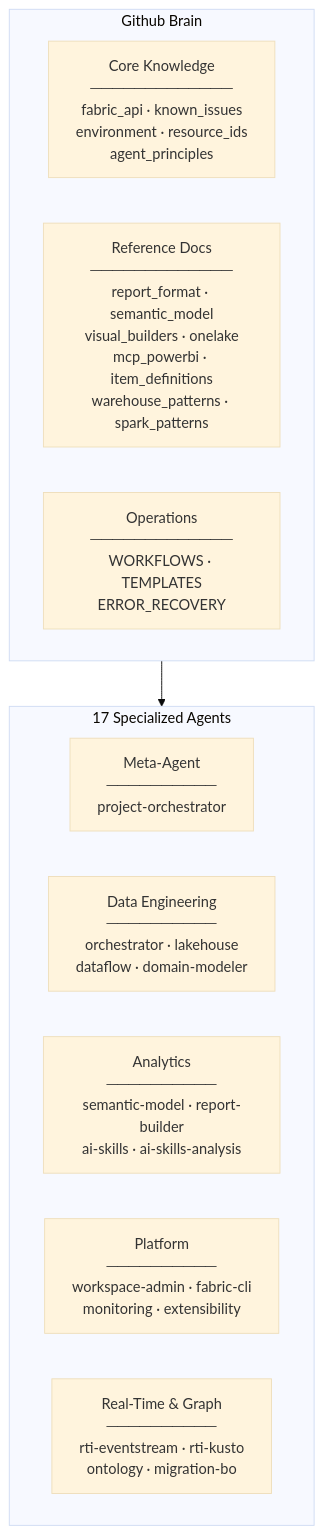
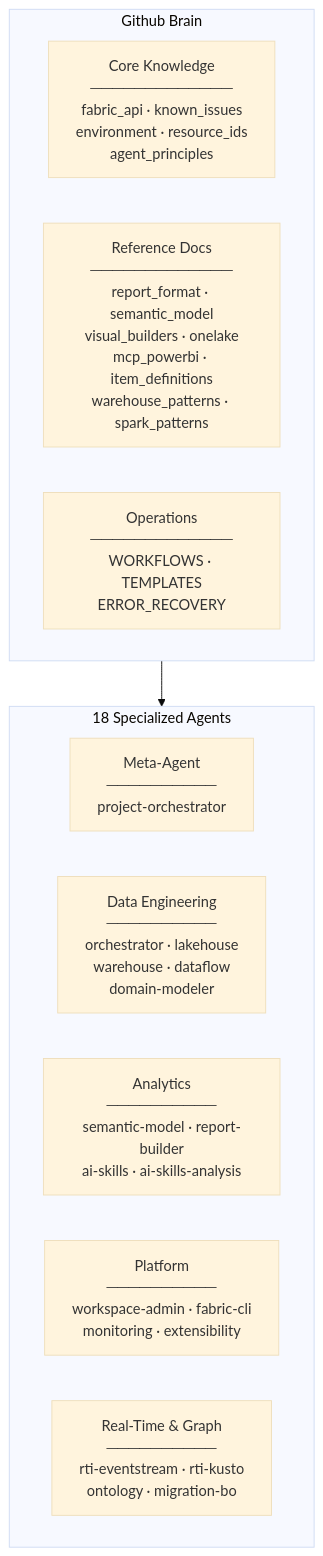
Before and after one commit to Statyx/Github_Brain: the diagram in README.md, drawn with Mermaid (base theme). The commit also changed other lines of this file and 10 other files, not shown here.

````diff
--- a/README.md
+++ b/README.md
@@ -28,19 +28,19 @@
 ```mermaid
 graph TB
     subgraph Brain["Github Brain"]
         Core["Core Knowledge<br/>─────────────<br/>fabric_api · known_issues<br/>environment · resource_ids<br/>agent_principles"]
         Ref["Reference Docs<br/>─────────────<br/>report_format · semantic_model<br/>visual_builders · onelake<br/>mcp_powerbi · item_definitions<br/>warehouse_patterns · spark_patterns"]
         Ops["Operations<br/>─────────────<br/>WORKFLOWS · TEMPLATES<br/>ERROR_RECOVERY"]
     end
 
-    subgraph Agents["17 Specialized Agents"]
+    subgraph Agents["18 Specialized Agents"]
         direction LR
         Meta["Meta-Agent<br/>──────────<br/>project-orchestrator"]
-        DataEng["Data Engineering<br/>──────────<br/>orchestrator · lakehouse<br/>dataflow · domain-modeler"]
+        DataEng["Data Engineering<br/>──────────<br/>orchestrator · lakehouse<br/>warehouse · dataflow<br/>domain-modeler"]
         Analytics["Analytics<br/>──────────<br/>semantic-model · report-builder<br/>ai-skills · ai-skills-analysis"]
         Platform["Platform<br/>──────────<br/>workspace-admin · fabric-cli<br/>monitoring · extensibility"]
         RTI["Real-Time & Graph<br/>──────────<br/>rti-eventstream · rti-kusto<br/>ontology · migration-bo"]
     end
 
     Brain --> Agents
 ```
````
